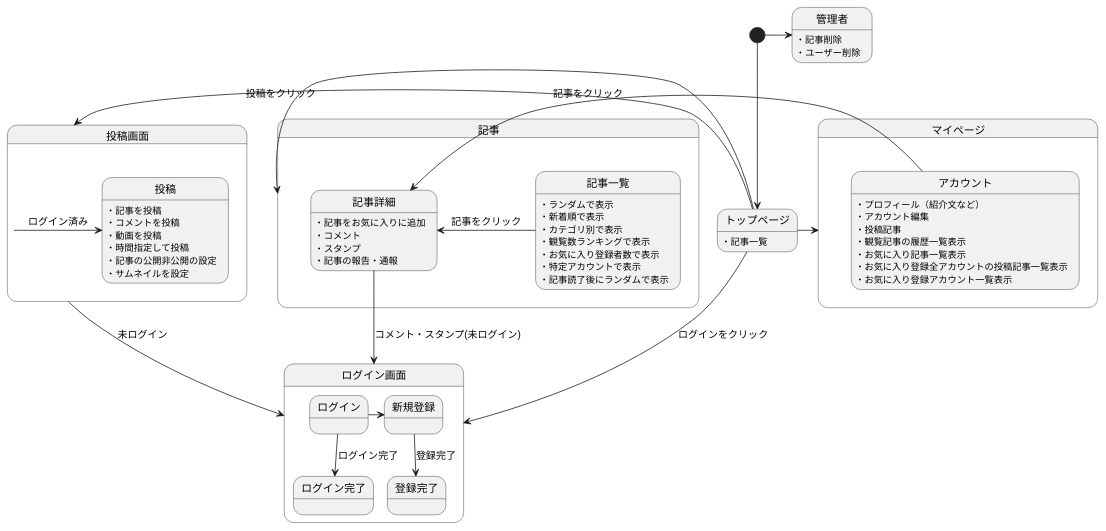
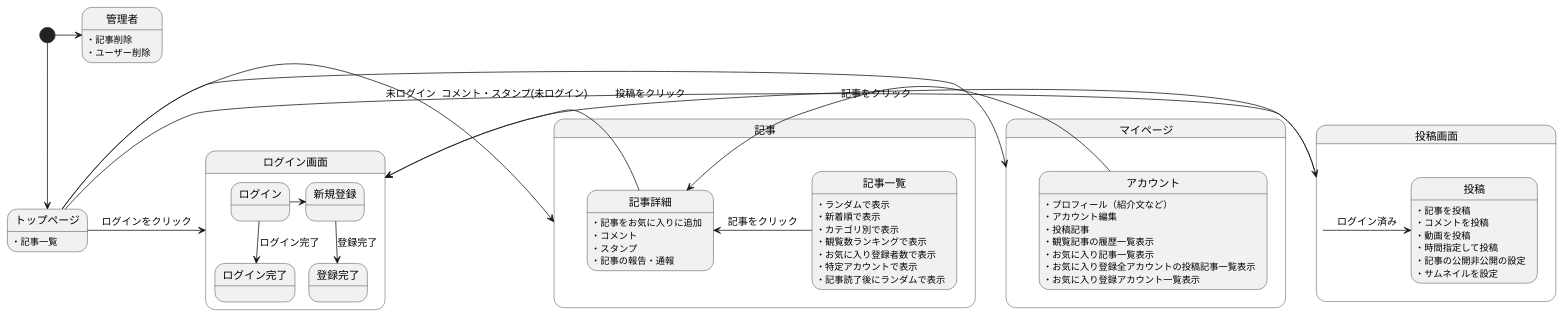
One commit to Aso2001001/2022System changed the diagram in 後期画面遷移.md. Above: the diagram before and after it, drawn with PlantUML.

````diff
--- a/後期画面遷移.md
+++ b/後期画面遷移.md
@@ -1,74 +1,74 @@
 ```uml
 @startuml
 [*] --> トップページ
 
 
 トップページ -> 記事
 トップページ -> マイページ
 トップページ -> 投稿画面 : 投稿をクリック
 
 トップページ:・記事一覧
 
-トップページ -down-> ログイン画面 : ログインをクリック
+トップページ -> ログイン画面 : ログインをクリック
 
 
 state ログイン画面{
 ログイン -> 新規登録
 ログイン -down-> ログイン完了 : ログイン完了
 新規登録 -down-> 登録完了 : 登録完了
 }
 
 state 記事{
 記事一覧 -left-> 記事詳細 : 記事をクリック
 記事詳細 -> ログイン画面 :コメント・スタンプ(未ログイン)
 
 記事一覧:・ランダムで表示
 記事一覧:・新着順で表示
 記事一覧:・カテゴリ別で表示
 記事一覧:・観覧数ランキングで表示
 記事一覧:・お気に入り登録者数で表示
 記事一覧:・特定アカウントで表示
 記事一覧:・記事読了後にランダムで表示
 
 記事詳細:・記事をお気に入りに追加
 記事詳細:・コメント
 記事詳細:・スタンプ
 記事詳細:・記事の報告・通報
 
 }
 
 state 投稿画面{
 投稿画面 -> ログイン画面 : 未ログイン
 投稿画面 -> 投稿 : ログイン済み
 
 投稿:・記事を投稿
 投稿:・コメントを投稿
 投稿:・動画を投稿
 投稿:・時間指定して投稿
 投稿:・記事の公開非公開の設定
 投稿:・サムネイルを設定
 
 }
 
 state マイページ{
 
 アカウント -> 記事詳細 : 記事をクリック
 
 アカウント:・プロフィール（紹介文など）
 アカウント:・アカウント編集
 アカウント:・投稿記事
 アカウント:・観覧記事の履歴一覧表示
 アカウント:・お気に入り記事一覧表示
 アカウント:・お気に入り登録全アカウントの投稿記事一覧表示
 アカウント:・お気に入り登録アカウント一覧表示
 
 }
 
 
 [*] -right-> 管理者
 管理者:・記事削除
 管理者:・ユーザー削除
 
 
 @enduml
 ```
````
